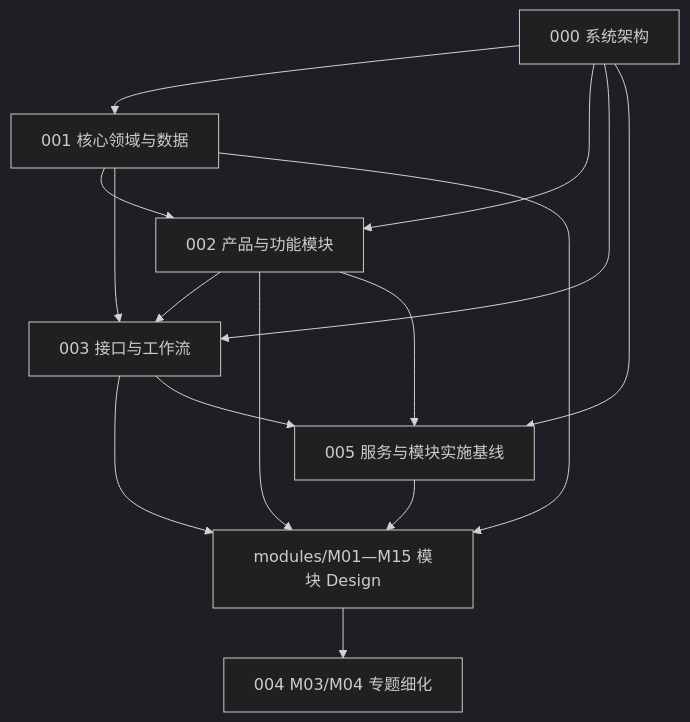
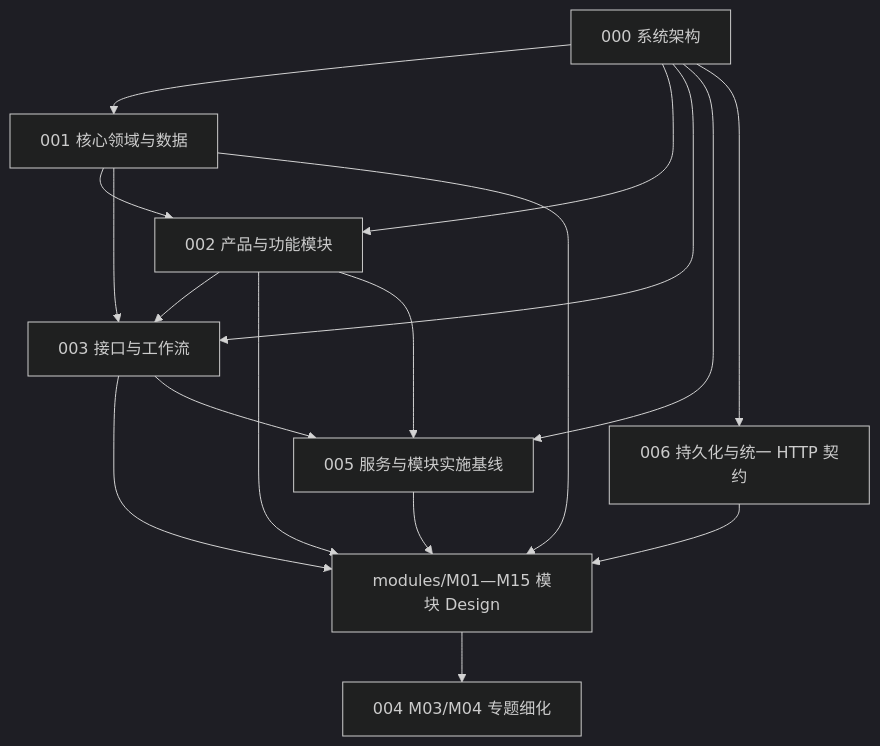
The diagram in docs/design/README.md (StephenQiu30/lanverse), drawn with Mermaid (dark theme) before and after one commit. The commit also changed other lines of this file and 98 other files, not shown here.

````diff
--- a/docs/design/README.md
+++ b/docs/design/README.md
@@ -25,17 +26,19 @@
 ```mermaid
 flowchart TD
     A["000 系统架构"] --> B["001 核心领域与数据"]
     A --> C["002 产品与功能模块"]
     B --> C
     A --> D["003 接口与工作流"]
     B --> D
     C --> D
     B --> E["modules/M01—M15 模块 Design"]
     C --> E
     D --> E
     E --> F["004 M03/M04 专题细化"]
     A --> G["005 服务与模块实施基线"]
     C --> G
     D --> G
     G --> E
+    A --> H["006 持久化与统一 HTTP 契约"]
+    H --> E
 ```
````
